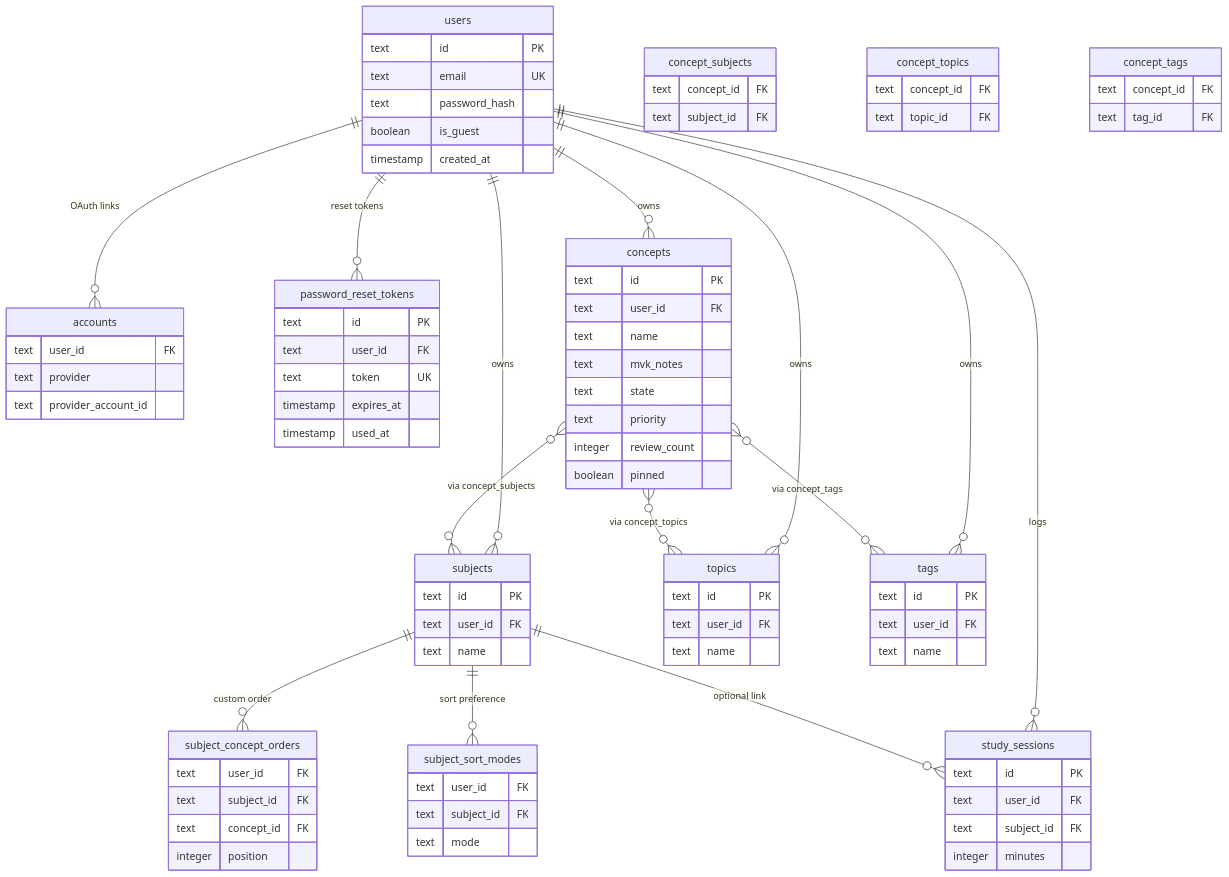
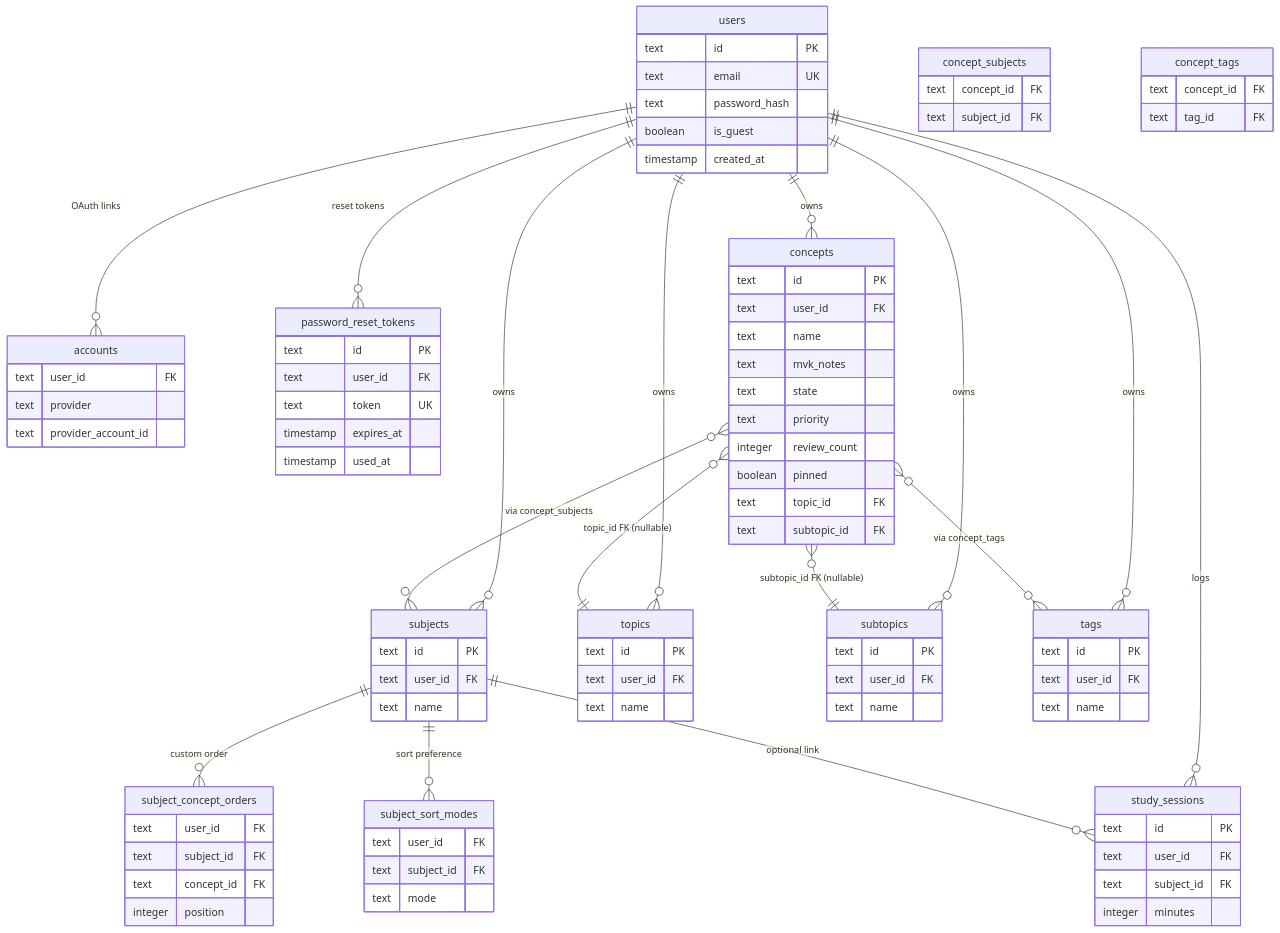
The diagram in architecture/03-database-and-orm.md (edgarfrancisco2022/tortugaiq), drawn with Mermaid before and after one commit. The commit also changed other lines of this file and 27 other files, not shown here.

Commit message:
topic/subtopic migration

```diff
--- a/architecture/03-database-and-orm.md
+++ b/architecture/03-database-and-orm.md
@@ -250,6 +256,11 @@
         text user_id FK
         text name
     }
+    subtopics {
+        text id PK
+        text user_id FK
+        text name
+    }
     tags {
         text id PK
         text user_id FK
@@ -264,14 +275,12 @@
         text priority
         integer review_count
         boolean pinned
+        text topic_id FK
+        text subtopic_id FK
     }
     concept_subjects {
         text concept_id FK
         text subject_id FK
-    }
-    concept_topics {
-        text concept_id FK
-        text topic_id FK
     }
     concept_tags {
         text concept_id FK
@@ -299,11 +308,13 @@
     users ||--o{ password_reset_tokens : "reset tokens"
     users ||--o{ subjects : owns
     users ||--o{ topics : owns
+    users ||--o{ subtopics : owns
     users ||--o{ tags : owns
     users ||--o{ concepts : owns
     users ||--o{ study_sessions : logs
     concepts }o--o{ subjects : "via concept_subjects"
-    concepts }o--o{ topics : "via concept_topics"
+    concepts }o--|| topics : "topic_id FK (nullable)"
+    concepts }o--|| subtopics : "subtopic_id FK (nullable)"
     concepts }o--o{ tags : "via concept_tags"
     subjects ||--o{ subject_concept_orders : "custom order"
     subjects ||--o{ subject_sort_modes : "sort preference"
```
